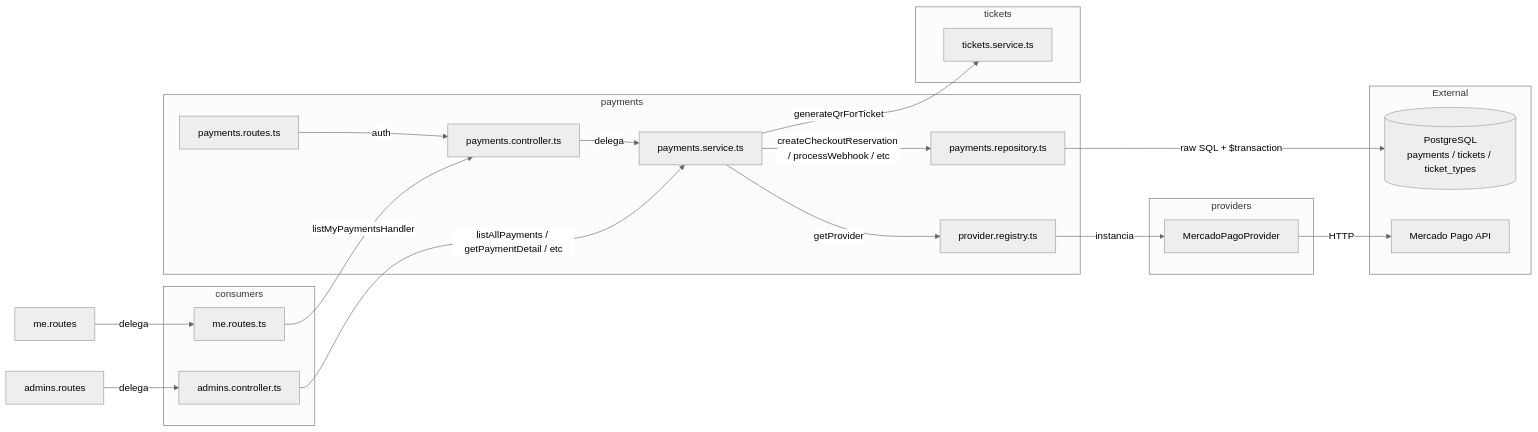
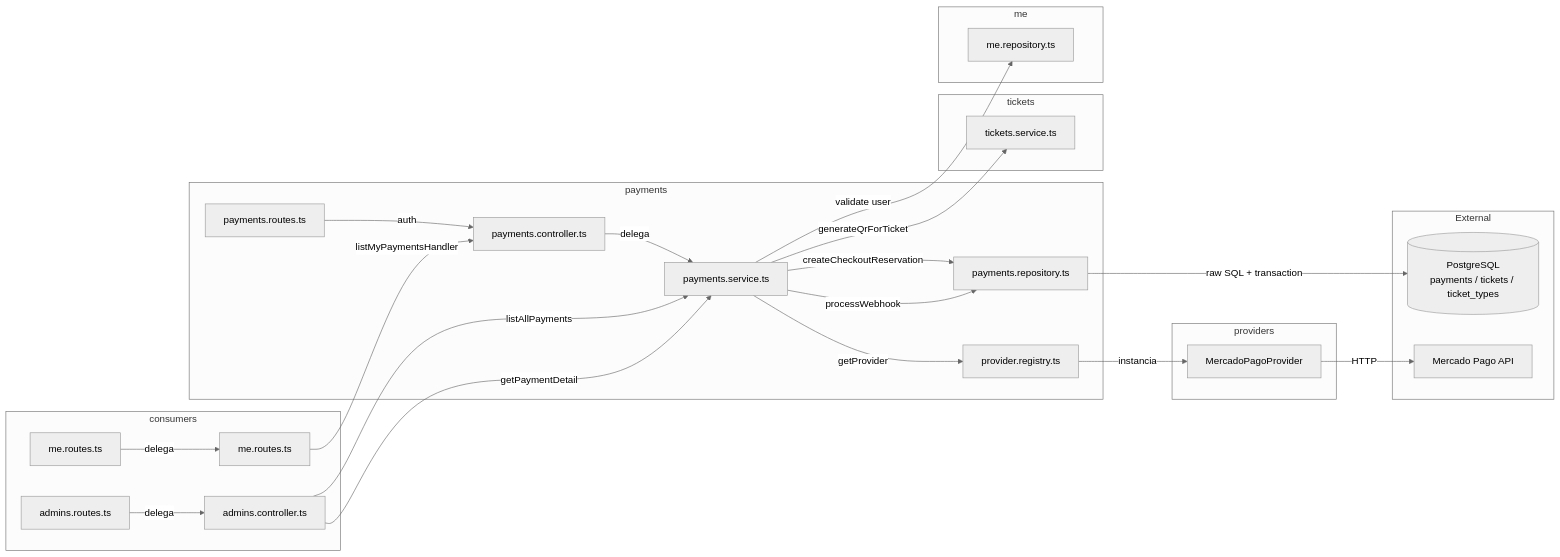
One commit to User281167/venta-de-tickets changed the fourth of 4 diagrams in backend/src/modules/payments/README.md. Above: the diagram before and after it, drawn with Mermaid (neutral theme). The commit also changed other lines of this file and 2 other files, not shown here.

Commit message:
Agregar validaciön de nombre y cédula para la compra de entradas

````diff
--- a/backend/src/modules/payments/README.md
+++ b/backend/src/modules/payments/README.md
@@ -186,37 +196,55 @@
 ```mermaid
 graph LR
     subgraph payments
         R[payments.routes.ts]
         C[payments.controller.ts]
         S[payments.service.ts]
         Repo[payments.repository.ts]
         Reg[provider.registry.ts]
     end
+
     subgraph providers
         MP[MercadoPagoProvider]
     end
+
     subgraph consumers
+        R2[admins.routes.ts]
         ADM[admins.controller.ts]
+        R3[me.routes.ts]
         ME[me.routes.ts]
     end
+
     subgraph tickets
         TS[tickets.service.ts]
     end
+
+    subgraph me
+        MR[me.repository.ts]
+    end
+
     subgraph External
         DB[(PostgreSQL<br/>payments / tickets / ticket_types)]
         API_MP[Mercado Pago API]
     end
 
     R -->|auth| C
-    R2[admins.routes] -->|delega| ADM
-    R3[me.routes] -->|delega| ME
+    R2 -->|delega| ADM
+    R3 -->|delega| ME
+
     C -->|delega| S
-    S -->|createCheckoutReservation / processWebhook / etc| Repo
+
+    S -->|createCheckoutReservation| Repo
+    S -->|processWebhook| Repo
     S -->|getProvider| Reg
     Reg -->|instancia| MP
     MP -->|HTTP| API_MP
+
+    S -->|validate user| MR
     S -->|generateQrForTicket| TS
-    Repo -->|raw SQL + $transaction| DB
-    ADM -->|listAllPayments / getPaymentDetail / etc| S
+
+    Repo -->|raw SQL + transaction| DB
+
+    ADM -->|listAllPayments| S
+    ADM -->|getPaymentDetail| S
     ME -->|listMyPaymentsHandler| C
 ```
````
